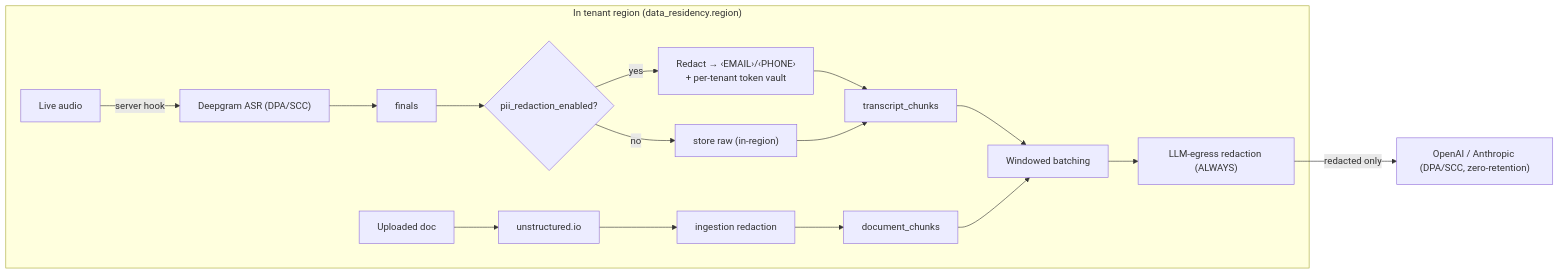
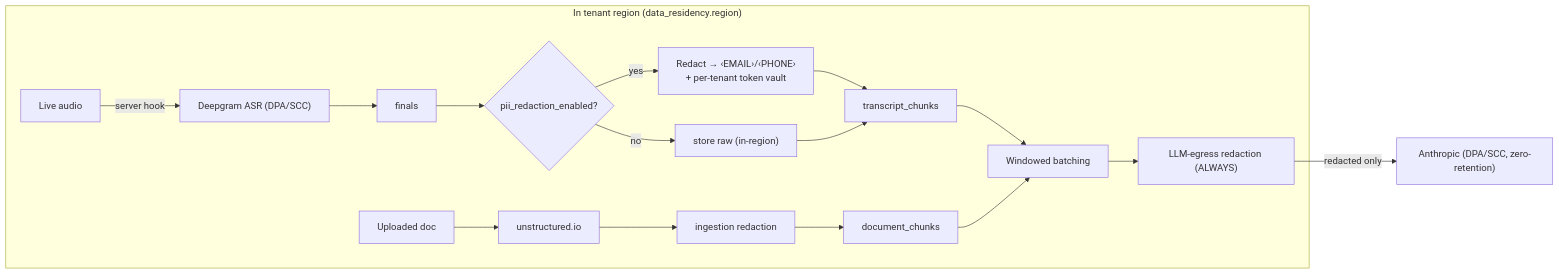
The fifth of 8 diagrams in 12-compliance-and-privacy.md (Mytheus-AI/mytheus-docs), drawn with Mermaid before and after one commit. The commit also changed other lines of this file and 23 other files, not shown here.

Commit message:
docs(llm): Anthropic-only provider decision with Haiku 5.5 fast tier (ADR-0027)

````diff
--- a/12-compliance-and-privacy.md
+++ b/12-compliance-and-privacy.md
@@ -202,17 +201,17 @@
 ```mermaid
 flowchart LR
   subgraph INREGION["In tenant region (data_residency.region)"]
     AUDIO["Live audio"] -->|server hook| DG["Deepgram ASR (DPA/SCC)"]
     DG --> FIN["finals"]
     FIN --> RT{"pii_redaction_enabled?"}
     RT -->|yes| RED1["Redact → ‹EMAIL›/‹PHONE›<br/>+ per-tenant token vault"]
     RT -->|no| RAW["store raw (in-region)"]
     RED1 --> TCS["transcript_chunks"]
     RAW --> TCS
     DOC["Uploaded doc"] --> UN["unstructured.io"] --> RED2["ingestion redaction"] --> DCS["document_chunks"]
     TCS --> WIN["Windowed batching"]
     DCS --> WIN
     WIN --> RED3["LLM-egress redaction (ALWAYS)"]
   end
-  RED3 -->|redacted only| LLM["OpenAI / Anthropic (DPA/SCC, zero-retention)"]
+  RED3 -->|redacted only| LLM["Anthropic (DPA/SCC, zero-retention)"]
 ```
````
